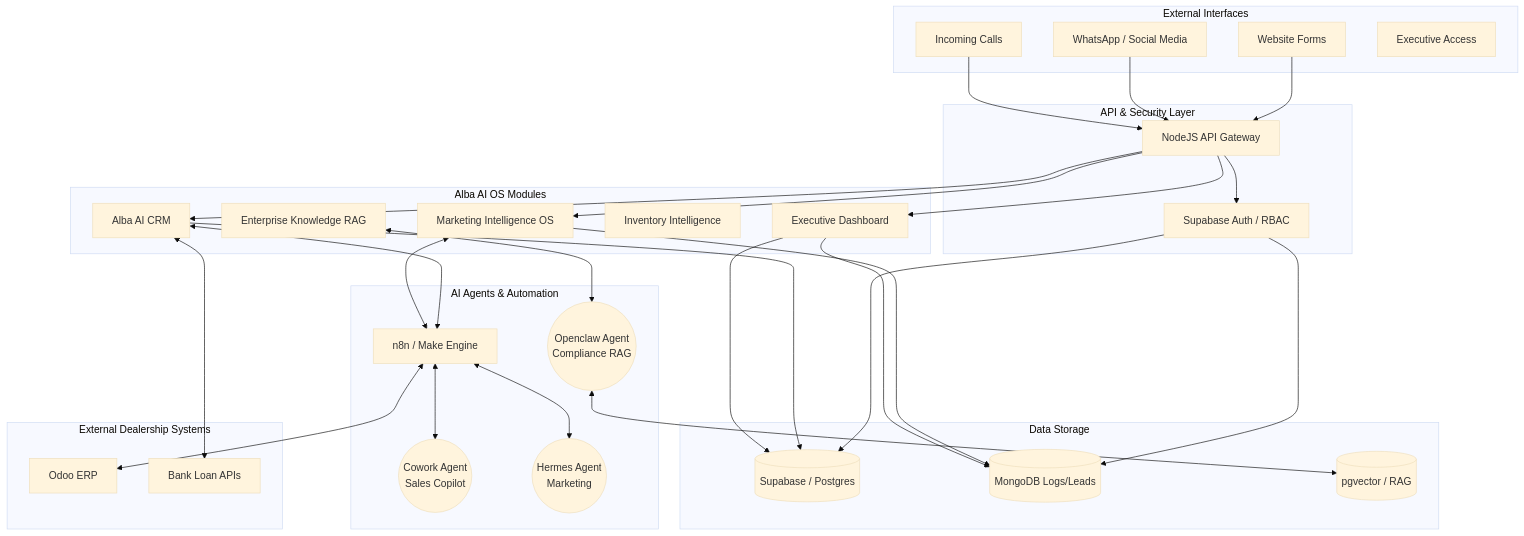
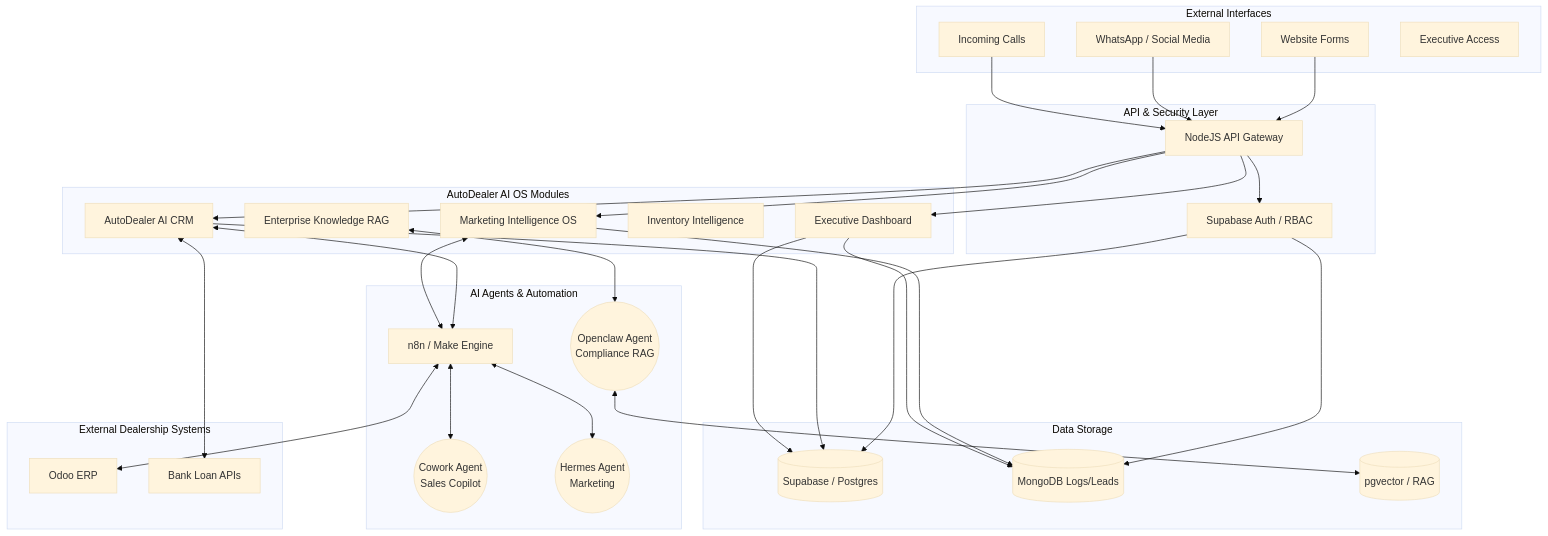
Before and after one commit to Ali8517942172/autodealer-ai-os: the diagram in architecture/diagrams/System_Architecture.md, drawn with Mermaid (base theme). The commit also changed 22 other files, not shown here.

Commit message:
Initial generic AutoDealer AI OS commit (Platform Ready)

````diff
--- a/architecture/diagrams/System_Architecture.md
+++ b/architecture/diagrams/System_Architecture.md
@@ -3,76 +3,76 @@
 ```mermaid
 graph TD
     %% External Interfaces
     subgraph "External Interfaces"
         Web[Website Forms]
         Social[WhatsApp / Social Media]
         Call[Incoming Calls]
         CEO[Executive Access]
     end
 
     %% AI Gateway & Auth
     subgraph "API & Security Layer"
         AG[NodeJS API Gateway]
         Auth[Supabase Auth / RBAC]
         AG --> Auth
     end
 
     Web --> AG
     Social --> AG
     Call --> AG
 
     %% Core Databases
     subgraph "Data Storage"
         PG[(Supabase / Postgres)]
         Mongo[(MongoDB Logs/Leads)]
         Vect[(pgvector / RAG)]
     end
 
     Auth --> PG
     Auth --> Mongo
 
     %% Business Modules (Apps)
-    subgraph "Alba AI OS Modules"
-        CRM[Alba AI CRM]
+    subgraph "AutoDealer AI OS Modules"
+        CRM[AutoDealer AI CRM]
         Mktg[Marketing Intelligence OS]
         RAG[Enterprise Knowledge RAG]
         Inv[Inventory Intelligence]
         Exec[Executive Dashboard]
     end
 
     %% Agents and Automation
     subgraph "AI Agents & Automation"
         N8N[n8n / Make Engine]
         Cowork((Cowork Agent\nSales Copilot))
         Hermes((Hermes Agent\nMarketing))
         Openclaw((Openclaw Agent\nCompliance RAG))
     end
 
     %% Connections
     AG --> CRM
     AG --> Mktg
     AG --> Exec
     
     CRM <--> N8N
     Mktg <--> N8N
     
     N8N <--> Cowork
     N8N <--> Hermes
     
     RAG <--> Openclaw
     Openclaw <--> Vect
     
     CRM --> PG
     Mktg --> Mongo
     Exec --> PG
     Exec --> Mongo
 
     %% External Systems
     subgraph "External Dealership Systems"
         Odoo[Odoo ERP]
         Banks[Bank Loan APIs]
     end
 
     N8N <--> Odoo
     CRM <--> Banks
 ```
````
